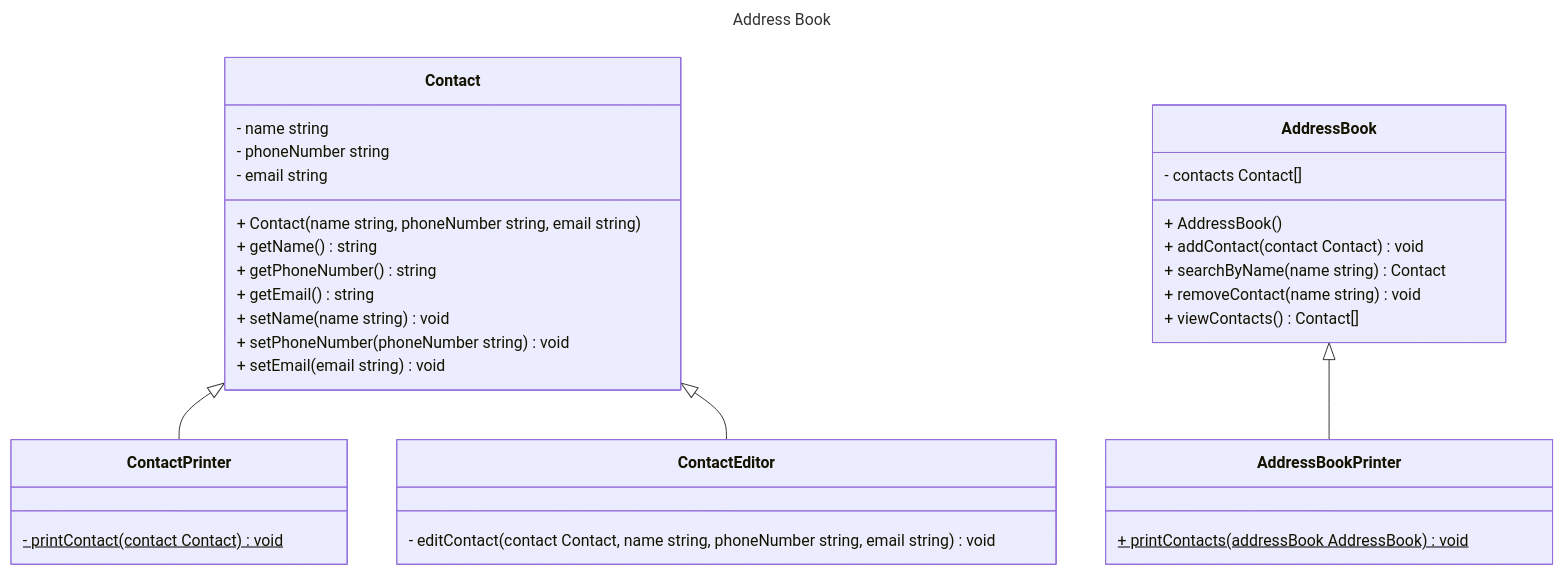
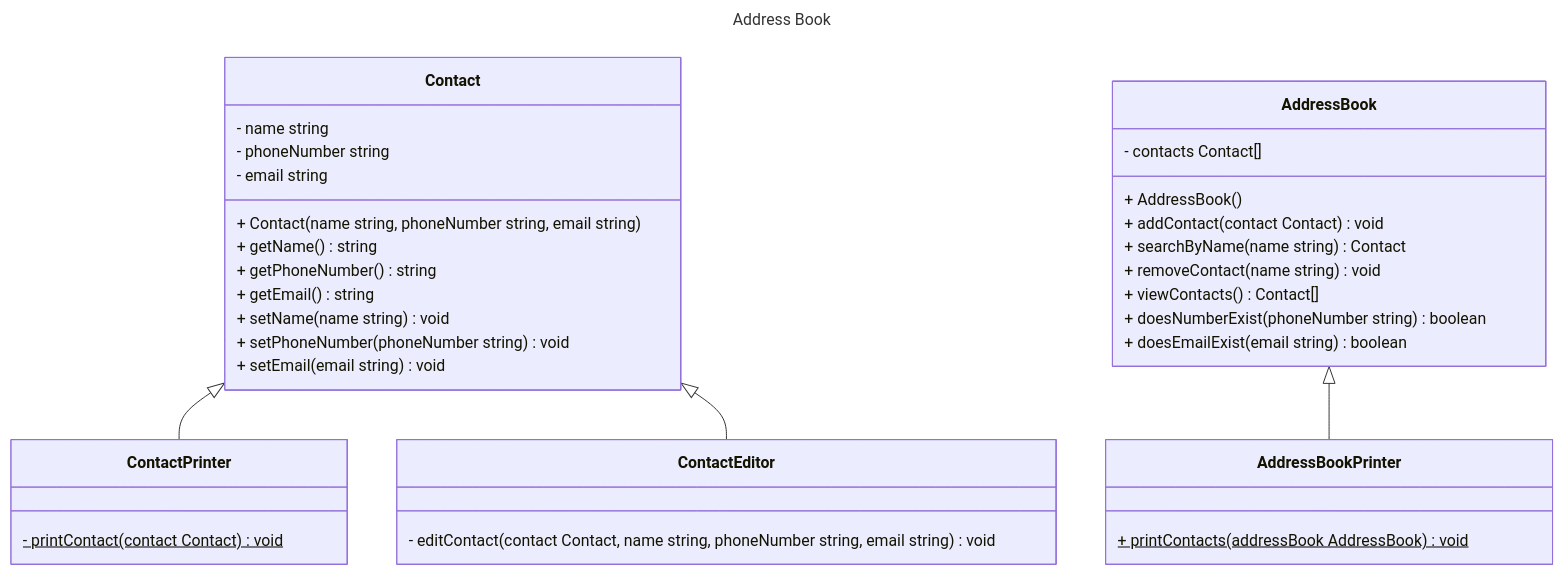
The diagram in docs/class-diagram.md (amitoj5ingh/challenge-3-address-book), drawn with Mermaid before and after one commit. The commit also changed 4 other files, not shown here.

````diff
--- a/docs/class-diagram.md
+++ b/docs/class-diagram.md
@@ -3,39 +3,41 @@
 ```mermaid
 ---
 title: Address Book
 ---
 
 classDiagram
     Contact <|-- ContactPrinter
     Contact <|-- ContactEditor
     AddressBook <|-- AddressBookPrinter
     class AddressBook {
         - contacts Contact[]
         + AddressBook()
         + addContact(contact Contact) void
         + searchByName(name string) Contact
         + removeContact(name string) void
         + viewContacts() Contact[]
+        + doesNumberExist(phoneNumber string) boolean
+        + doesEmailExist(email string) boolean
     }
     class AddressBookPrinter {
         + printContacts(addressBook AddressBook)$ void
     }
     class Contact {
         - name string
         - phoneNumber string
         - email string
         + Contact(name string, phoneNumber string, email string)
         + getName() string
         + getPhoneNumber() string
         + getEmail() string
         + setName(name string) void
         + setPhoneNumber(phoneNumber string) void
         + setEmail(email string) void
     }
     class ContactPrinter {
         - printContact(contact Contact)$ void
     }
     class ContactEditor {
         - editContact(contact Contact, name string, phoneNumber string, email string) void
     }
 ```
````
